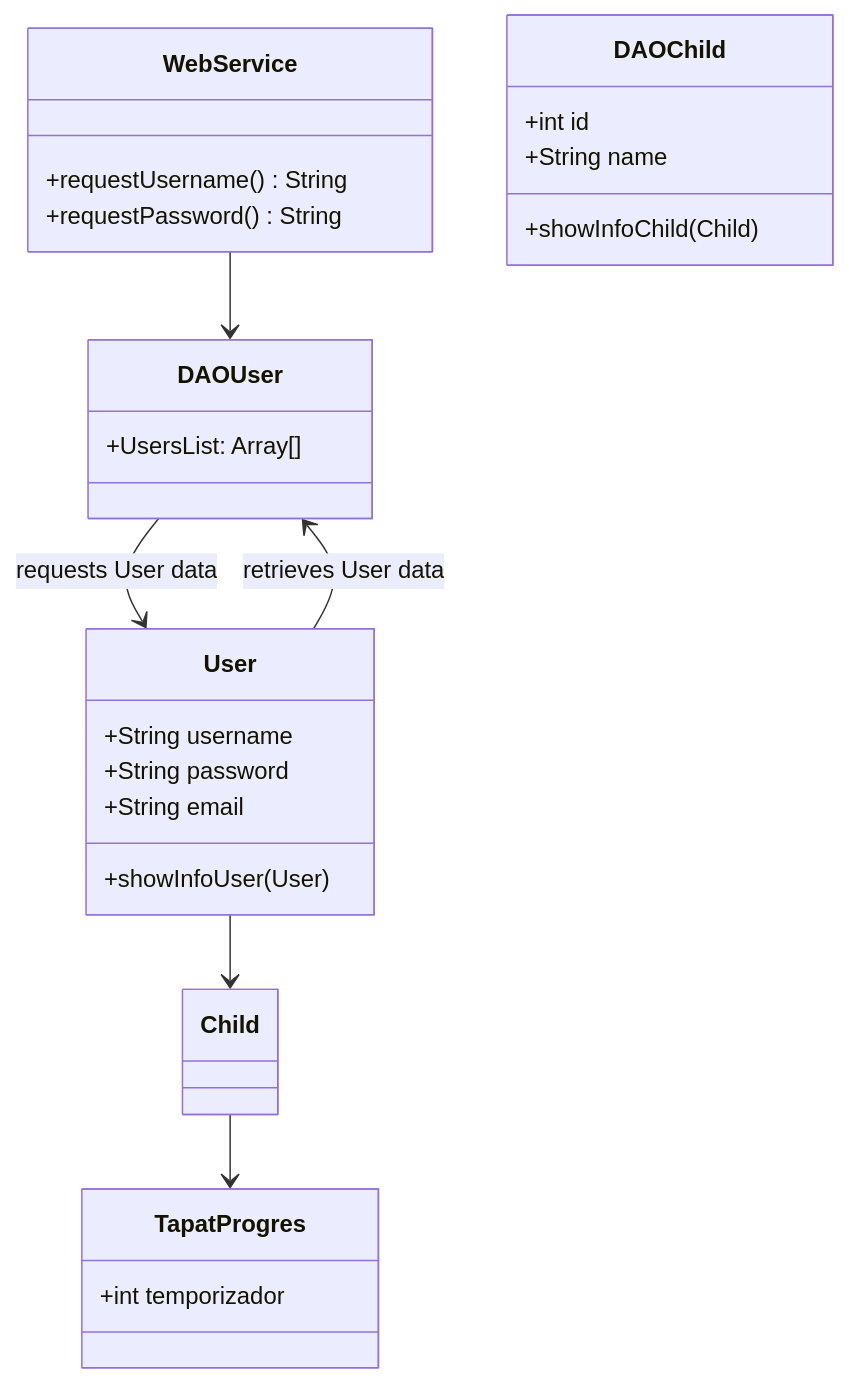
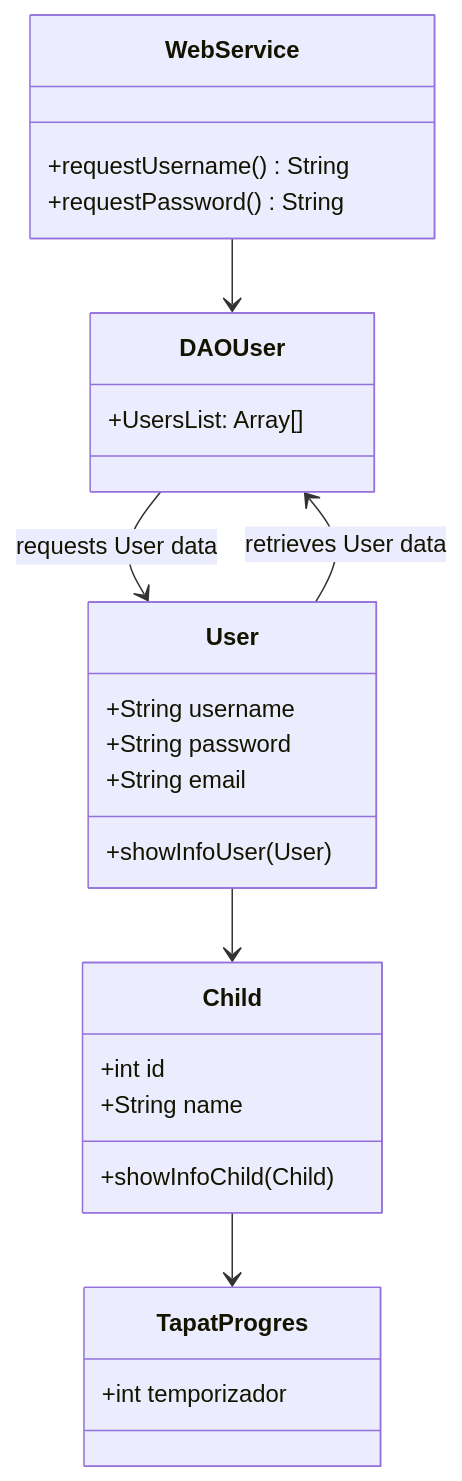
One commit to hhosp/TapatApp changed the diagram in Prototip2/P2BackEndClases.mermaid. Above: the diagram before and after it, drawn with Mermaid.

```diff
--- a/Prototip2/P2BackEndClases.mermaid
+++ b/Prototip2/P2BackEndClases.mermaid
@@ -1,27 +1,27 @@
 classDiagram
 class WebService {
     +requestUsername() String
     +requestPassword() String
 }
 class DAOUser {
     +UsersList: Array<User>[]
 }
 class User {
     +String username
     +String password
     +String email
     +showInfoUser(User)
 }
-class DAOChild {
+class Child {
     +int id
     +String name
     +showInfoChild(Child)
 }
 class TapatProgres {
     +int temporizador
 }
 WebService --> DAOUser
 DAOUser --> User: requests User data
 User --> DAOUser: retrieves User data
 User --> Child
 Child --> TapatProgres
```
